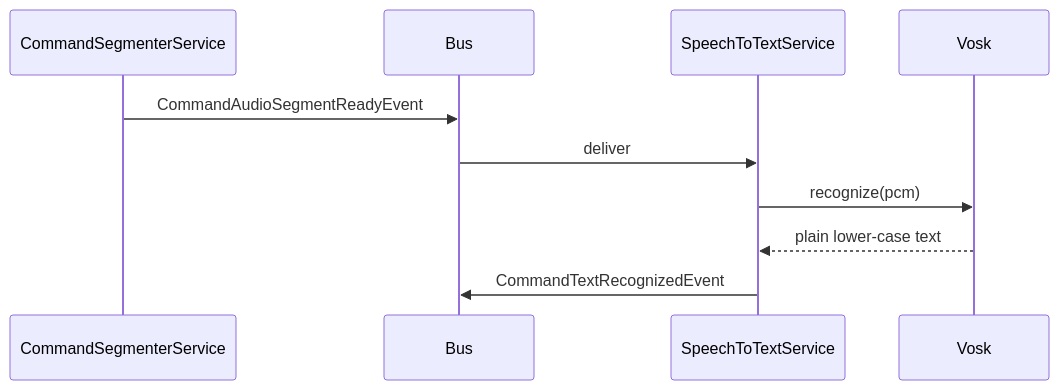
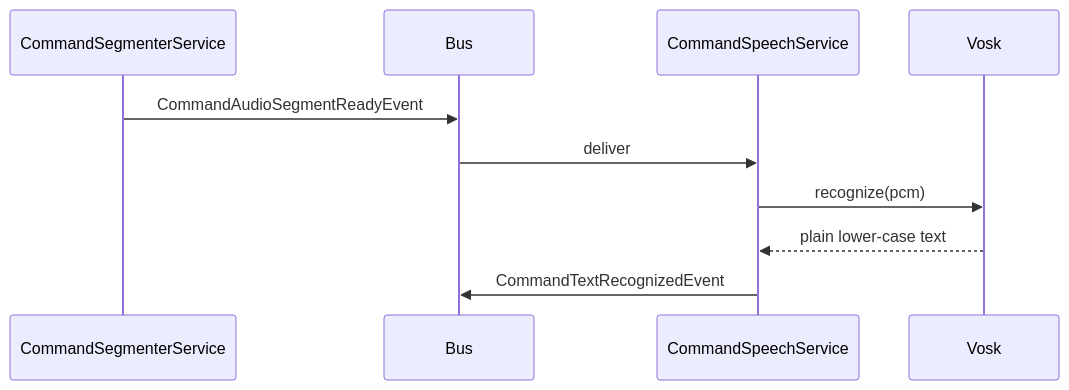
One commit to rick12000/vocalance changed the third of 7 diagrams in docs/developer/features/command_flow.rst. Above: the diagram before and after it, drawn with Mermaid. The commit also changed other lines of this file and 138 other files, not shown here.

Commit message:
in progress refactoring of the audio flow

```diff
--- a/docs/developer/features/command_flow.rst
+++ b/docs/developer/features/command_flow.rst
@@ -124,13 +124,13 @@
 .. mermaid::
 
    sequenceDiagram
        participant Seg as CommandSegmenterService
        participant Bus
-       participant STT as SpeechToTextService
+       participant STT as CommandSpeechService
        participant Vosk
 
        Seg->>Bus: CommandAudioSegmentReadyEvent
        Bus->>STT: deliver
        STT->>Vosk: recognize(pcm)
        Vosk-->>STT: plain lower-case text
        STT->>Bus: CommandTextRecognizedEvent
```
